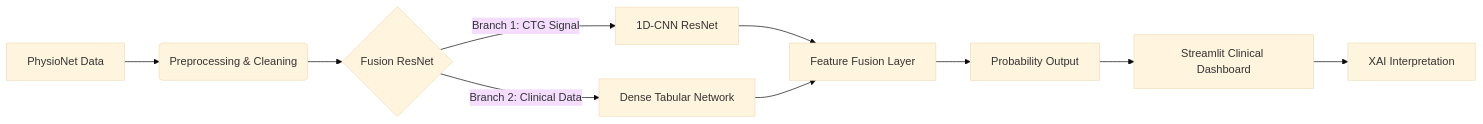
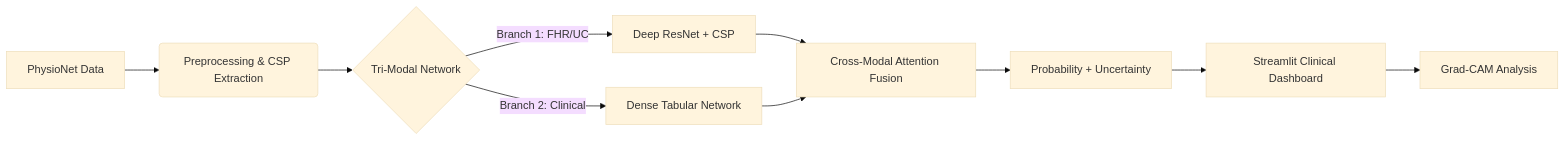
The diagram in README.MD (Krishna200608/NeuroFetal-AI), drawn with Mermaid (base theme) before and after one commit. The commit also changed other lines of this file and 1 other file, not shown here.

````diff
--- a/README.MD
+++ b/README.MD
@@ -56,11 +54,11 @@
 ```mermaid
 graph LR
-    A[PhysioNet Data] --> B(Preprocessing & Cleaning);
-    B --> C{Fusion ResNet};
-    C -->|Branch 1: CTG Signal| D[1D-CNN ResNet];
-    C -->|Branch 2: Clinical Data| E[Dense Tabular Network];
-    D & E --> F[Feature Fusion Layer];
-    F --> G[Probability Output];
+    A[PhysioNet Data] --> B(Preprocessing & CSP Extraction);
+    B --> C{Tri-Modal Network};
+    C -->|Branch 1: FHR/UC| D[Deep ResNet + CSP];
+    C -->|Branch 2: Clinical| E[Dense Tabular Network];
+    D & E --> F[Cross-Modal Attention Fusion];
+    F --> G[Probability + Uncertainty];
     G --> H[Streamlit Clinical Dashboard];
-    H --> I[XAI Interpretation];
+    H --> I[Grad-CAM Analysis];
 ```
````
